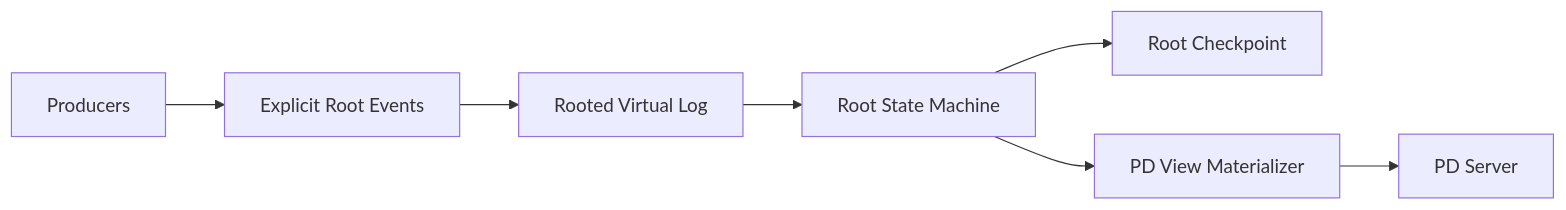
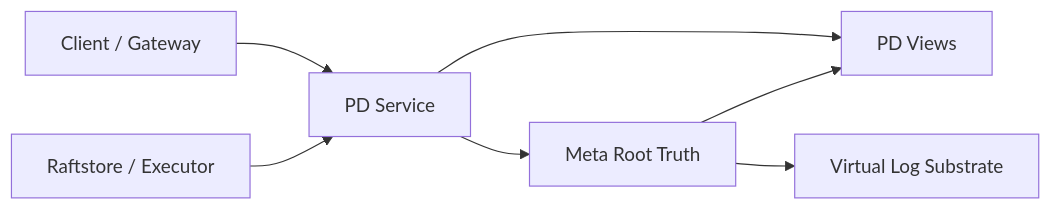
Before and after one commit to feichai0017/NoKV: the first of 2 diagrams in docs/notes/2026-04-03-delos-lite-metadata-root-roadmap.md, drawn with Mermaid. The commit also changed other lines of this file and 12 other files, not shown here.

Commit message:
refactor: formalize virtual log subscriptions and executor targets

````diff
--- a/docs/notes/2026-04-03-delos-lite-metadata-root-roadmap.md
+++ b/docs/notes/2026-04-03-delos-lite-metadata-root-roadmap.md
@@ -178,9 +44,9 @@
 ```mermaid
 flowchart LR
-    P["Producers"] --> E["Explicit Root Events"]
-    E --> L["Rooted Virtual Log"]
-    L --> S["Root State Machine"]
-    S --> C["Root Checkpoint"]
-    S --> V["PD View Materializer"]
-    V --> API["PD Server"]
+    C["Client / Gateway"] --> P["PD Service"]
+    S["Raftstore / Executor"] --> P
+    P --> V["PD Views"]
+    P --> M["Meta Root Truth"]
+    M --> V
+    M --> B["Virtual Log Substrate"]
 ```
````
